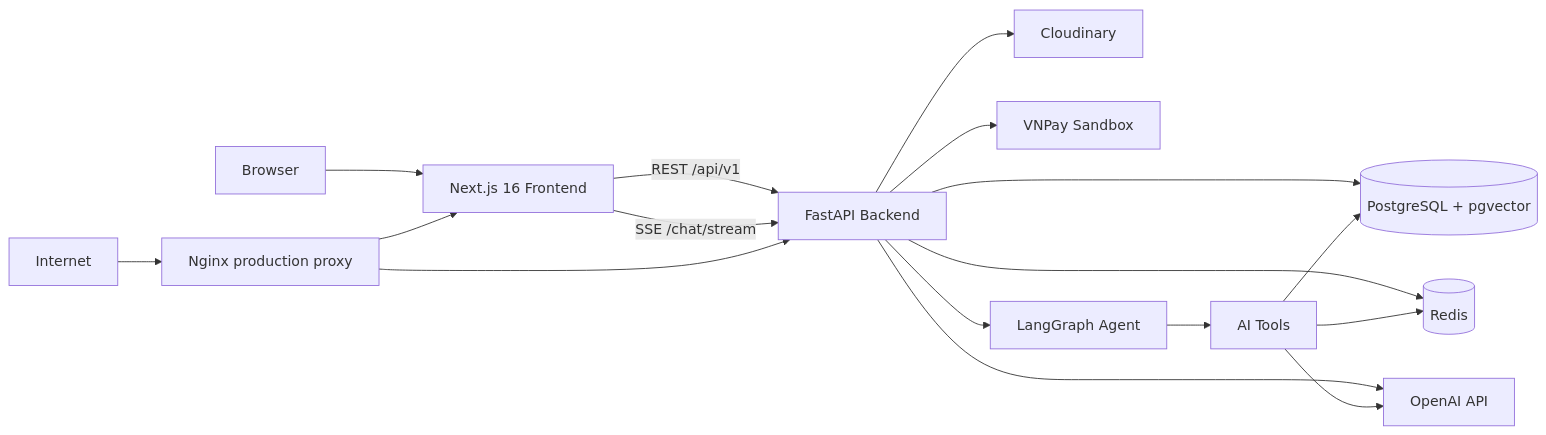
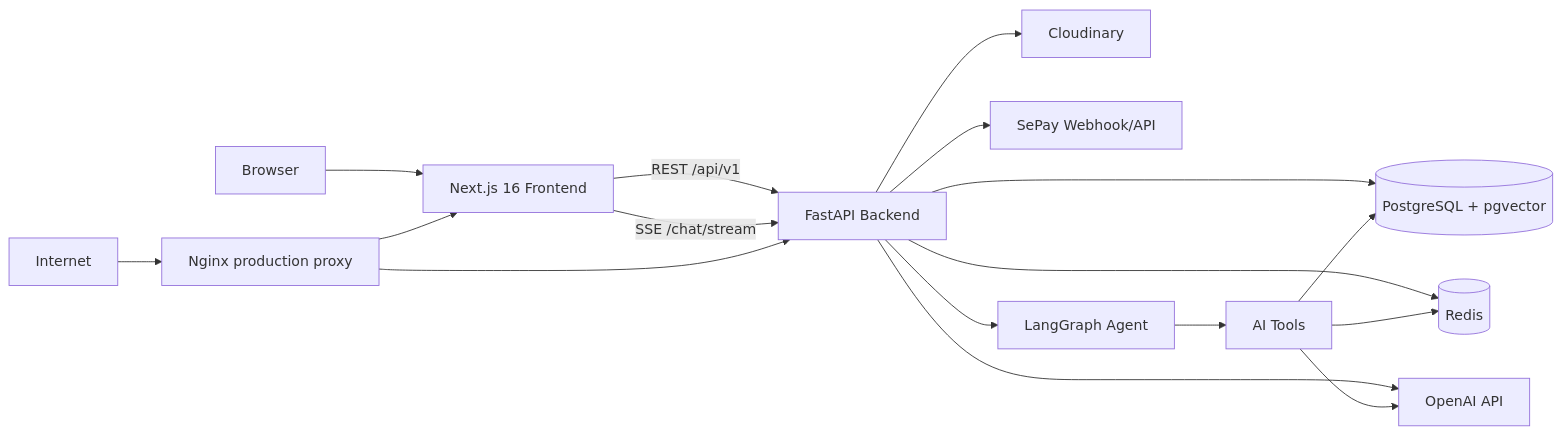
The eighth of 8 diagrams in report/bao-cao-do-an.md (quangliz/Petshop), drawn with Mermaid before and after one commit. The commit also changed other lines of this file and 18 other files, not shown here.

````diff
--- a/report/bao-cao-do-an.md
+++ b/report/bao-cao-do-an.md
@@ -555,22 +574,22 @@
 ```mermaid
 flowchart LR
     Browser["Browser"] --> FE["Next.js 16 Frontend"]
     FE -->|"REST /api/v1"| API["FastAPI Backend"]
     FE -->|"SSE /chat/stream"| API
 
     API --> DB[("PostgreSQL + pgvector")]
     API --> Redis[("Redis")]
     API --> Cloudinary["Cloudinary"]
-    API --> VNPay["VNPay Sandbox"]
+    API --> SePay["SePay Webhook/API"]
     API --> OpenAI["OpenAI API"]
 
     API --> Agent["LangGraph Agent"]
     Agent --> Tools["AI Tools"]
     Tools --> DB
     Tools --> Redis
     Tools --> OpenAI
 
     Internet["Internet"] --> Nginx["Nginx production proxy"]
     Nginx --> FE
     Nginx --> API
 ```
````
